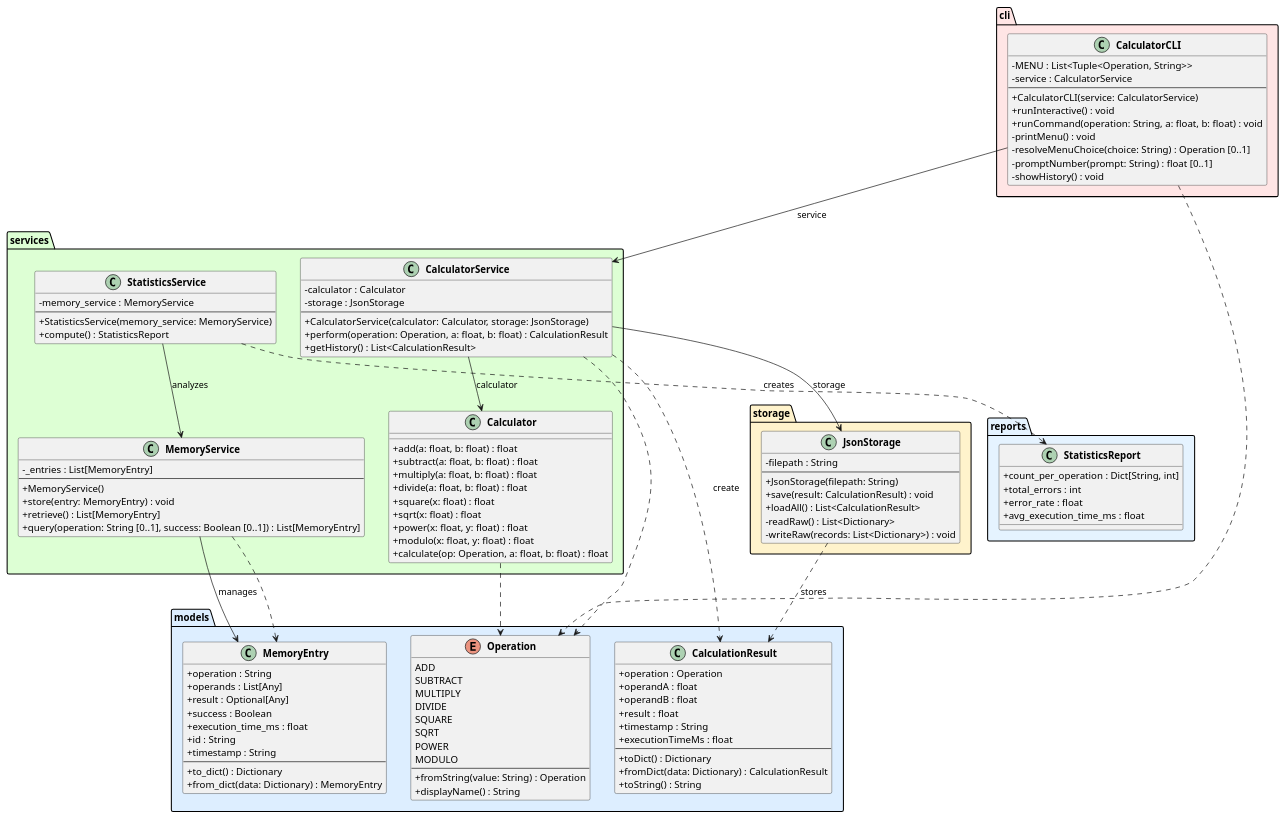
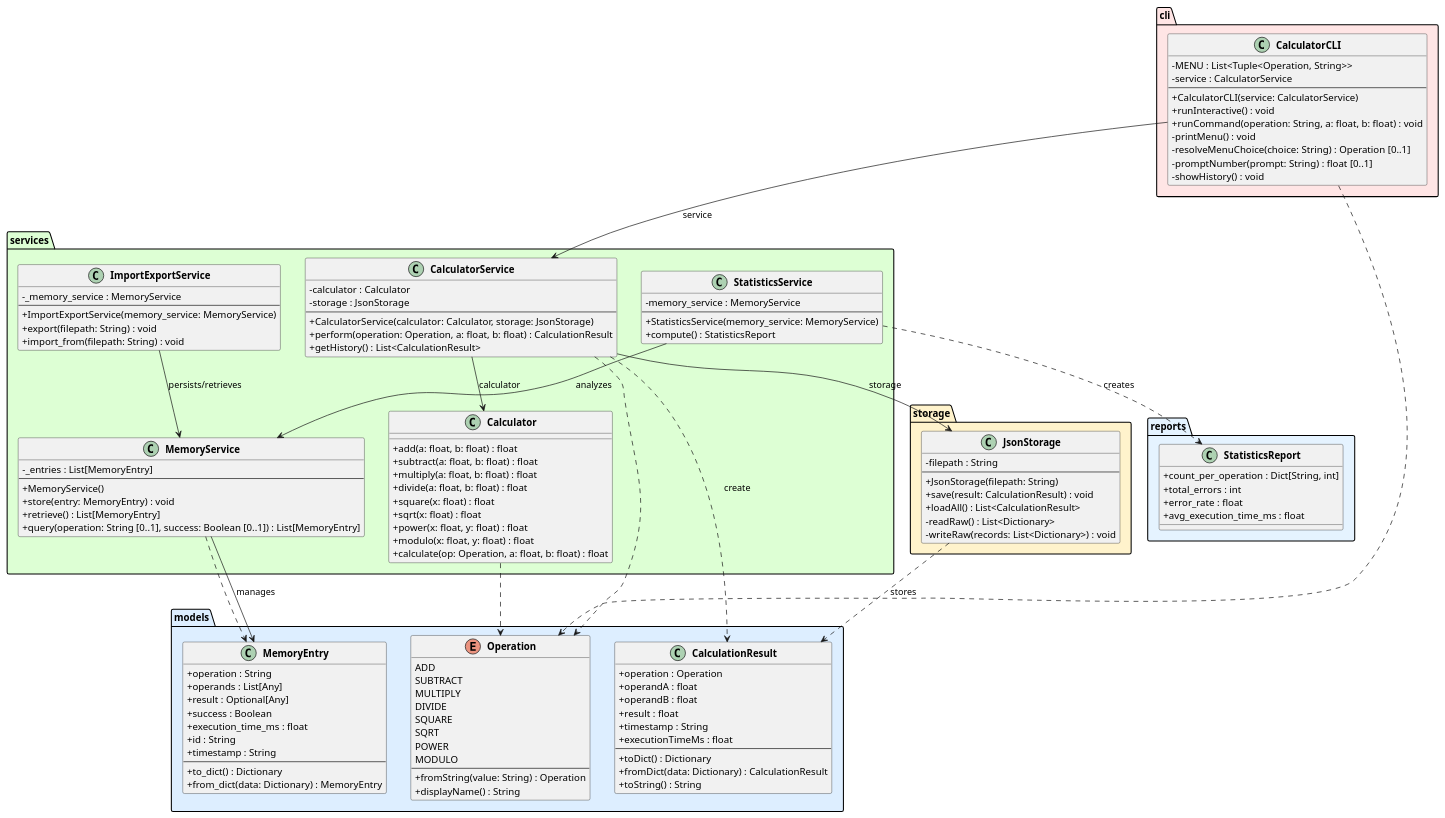
The diagram in experiments/broadcast/test_driven/calculator/artifacts/class_diagram.puml (DanielRiha8906/Software_autoevolution_using_agents), drawn with PlantUML before and after one commit. The commit also changed 7 other files, not shown here.

```diff
--- a/experiments/broadcast/test_driven/calculator/artifacts/class_diagram.puml
+++ b/experiments/broadcast/test_driven/calculator/artifacts/class_diagram.puml
@@ -1,137 +1,146 @@
 @startuml class_diagram
 
 skinparam classAttributeIconSize 0
 skinparam classFontStyle bold
 
 package "models" #DDEEFF {
     enum Operation {
         ADD
         SUBTRACT
         MULTIPLY
         DIVIDE
         SQUARE
         SQRT
         POWER
         MODULO
         --
         +fromString(value: String) : Operation
         +displayName() : String
     }
 
     class CalculationResult {
         +operation : Operation
         +operandA : float
         +operandB : float
         +result : float
         +timestamp : String
         +executionTimeMs : float
         --
         +toDict() : Dictionary
         +fromDict(data: Dictionary) : CalculationResult
         +toString() : String
     }
 
     class MemoryEntry {
         +operation : String
         +operands : List[Any]
         +result : Optional[Any]
         +success : Boolean
         +execution_time_ms : float
         +id : String
         +timestamp : String
         --
         +to_dict() : Dictionary
         +from_dict(data: Dictionary) : MemoryEntry
     }
 }
 
 package "services" #DDFFD4 {
     class Calculator {
         +add(a: float, b: float) : float
         +subtract(a: float, b: float) : float
         +multiply(a: float, b: float) : float
         +divide(a: float, b: float) : float
         +square(x: float) : float
         +sqrt(x: float) : float
         +power(x: float, y: float) : float
         +modulo(x: float, y: float) : float
         +calculate(op: Operation, a: float, b: float) : float
     }
 
     class CalculatorService {
         -calculator : Calculator
         -storage : JsonStorage
         --
         +CalculatorService(calculator: Calculator, storage: JsonStorage)
         +perform(operation: Operation, a: float, b: float) : CalculationResult
         +getHistory() : List<CalculationResult>
     }
 
     class MemoryService {
         -_entries : List[MemoryEntry]
         --
         +MemoryService()
         +store(entry: MemoryEntry) : void
         +retrieve() : List[MemoryEntry]
         +query(operation: String [0..1], success: Boolean [0..1]) : List[MemoryEntry]
     }
 
     class StatisticsService {
         -memory_service : MemoryService
         --
         +StatisticsService(memory_service: MemoryService)
         +compute() : StatisticsReport
     }
+
+    class ImportExportService {
+        -_memory_service : MemoryService
+        --
+        +ImportExportService(memory_service: MemoryService)
+        +export(filepath: String) : void
+        +import_from(filepath: String) : void
+    }
 }
 
 package "reports" #E5F3FF {
     class StatisticsReport {
         +count_per_operation : Dict[String, int]
         +total_errors : int
         +error_rate : float
         +avg_execution_time_ms : float
     }
 }
 
 package "storage" #FFF3CC {
     class JsonStorage {
         -filepath : String
         --
         +JsonStorage(filepath: String)
         +save(result: CalculationResult) : void
         +loadAll() : List<CalculationResult>
         -readRaw() : List<Dictionary>
         -writeRaw(records: List<Dictionary>) : void
     }
 }
 
 package "cli" #FFE5E5 {
     class CalculatorCLI {
         -MENU : List<Tuple<Operation, String>>
         -service : CalculatorService
         --
         +CalculatorCLI(service: CalculatorService)
         +runInteractive() : void
         +runCommand(operation: String, a: float, b: float) : void
         -printMenu() : void
         -resolveMenuChoice(choice: String) : Operation [0..1]
         -promptNumber(prompt: String) : float [0..1]
         -showHistory() : void
     }
 }
 
 CalculatorCLI --> CalculatorService : service
 CalculatorService --> Calculator : calculator
 CalculatorService --> JsonStorage : storage
 MemoryService --> MemoryEntry : manages
 StatisticsService --> MemoryService : analyzes
+ImportExportService --> MemoryService : persists/retrieves
 StatisticsService ..> StatisticsReport : creates
 
 CalculatorService ..> CalculationResult : create
 CalculatorService ..> Operation
 CalculatorCLI ..> Operation
 Calculator ..> Operation
 JsonStorage ..> CalculationResult : stores
 MemoryService ..> MemoryEntry
 
 @enduml
```
